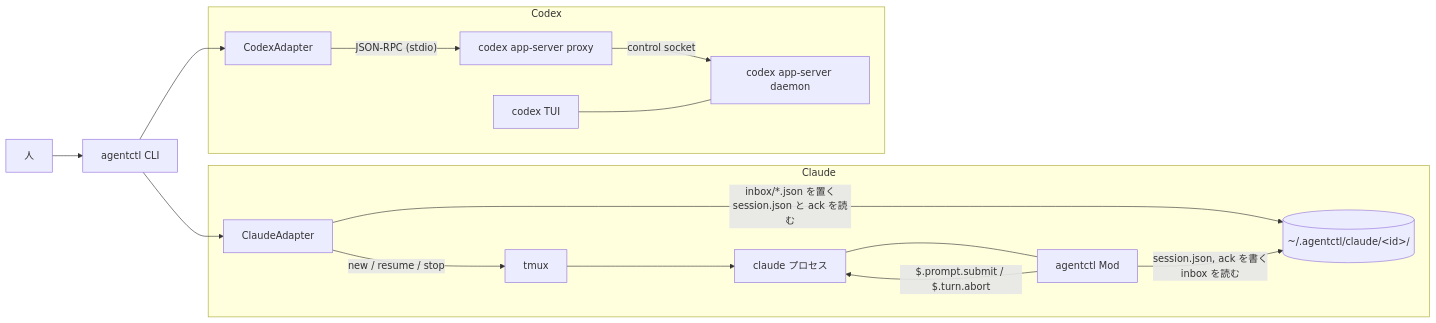
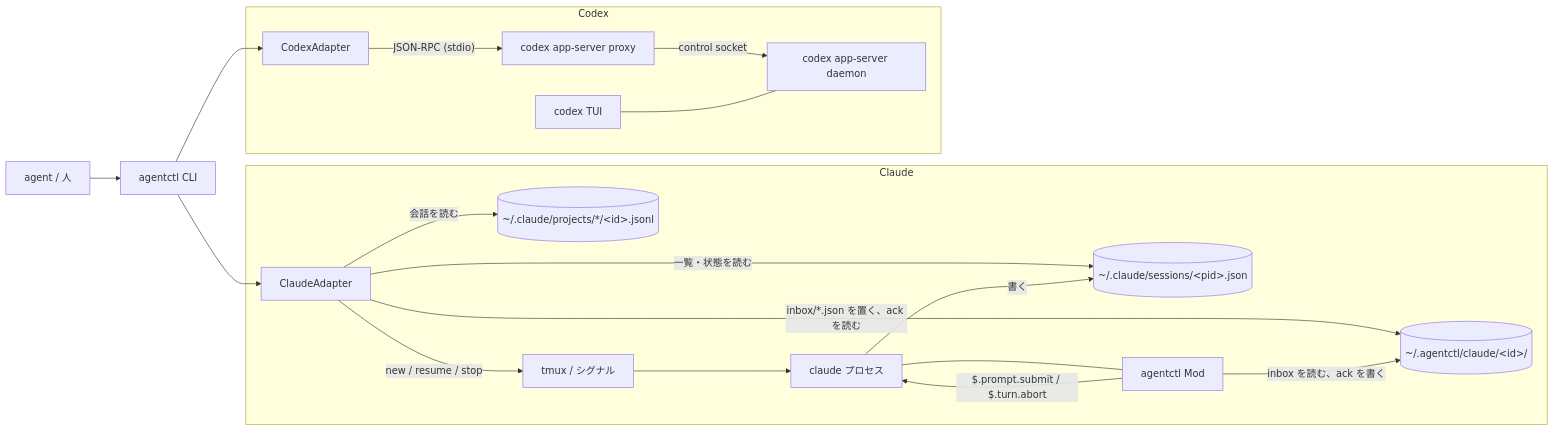
The diagram in docs/agentctl/plan.md (masahide/agent-kit), drawn with Mermaid before and after one commit. The commit also changed other lines of this file, not shown here.

First line of the commit message:
docs(agentctl): Claude の一覧を本体のセッション記録から読み、CLI を agent 向けに作り直す

````diff
--- a/docs/agentctl/plan.md
+++ b/docs/agentctl/plan.md
@@ -67,19 +72,22 @@
 ```mermaid
 flowchart LR
-    U[人] --> CLI[agentctl CLI]
+    A[agent / 人] --> CLI[agentctl CLI]
     CLI --> CA[ClaudeAdapter]
     CLI --> XA[CodexAdapter]
     subgraph Claude
-      CA -- "inbox/*.json を置く<br>session.json と ack を読む" --> D[(~/.agentctl/claude/&lt;id&gt;/)]
-      CA -- "new / resume / stop" --> T[tmux]
+      CA -- "一覧・状態を読む" --> S[(~/.claude/sessions/&lt;pid&gt;.json)]
+      CA -- "会話を読む" --> J[(~/.claude/projects/*/&lt;id&gt;.jsonl)]
+      CA -- "inbox/*.json を置く、ack を読む" --> D[(~/.agentctl/claude/&lt;id&gt;/)]
+      CA -- "new / resume / stop" --> T[tmux / シグナル]
       T --> CC[claude プロセス]
-      M[agentctl Mod] -- "session.json, ack を書く<br>inbox を読む" --> D
+      CC -- 書く --> S
+      M[agentctl Mod] -- "inbox を読む、ack を書く" --> D
       CC --- M
       M -- "$.prompt.submit / $.turn.abort" --> CC
     end
     subgraph Codex
       XA -- "JSON-RPC (stdio)" --> P[codex app-server proxy]
       P -- control socket --> DM[codex app-server daemon]
       TUI[codex TUI] --- DM
     end
 ```
````
